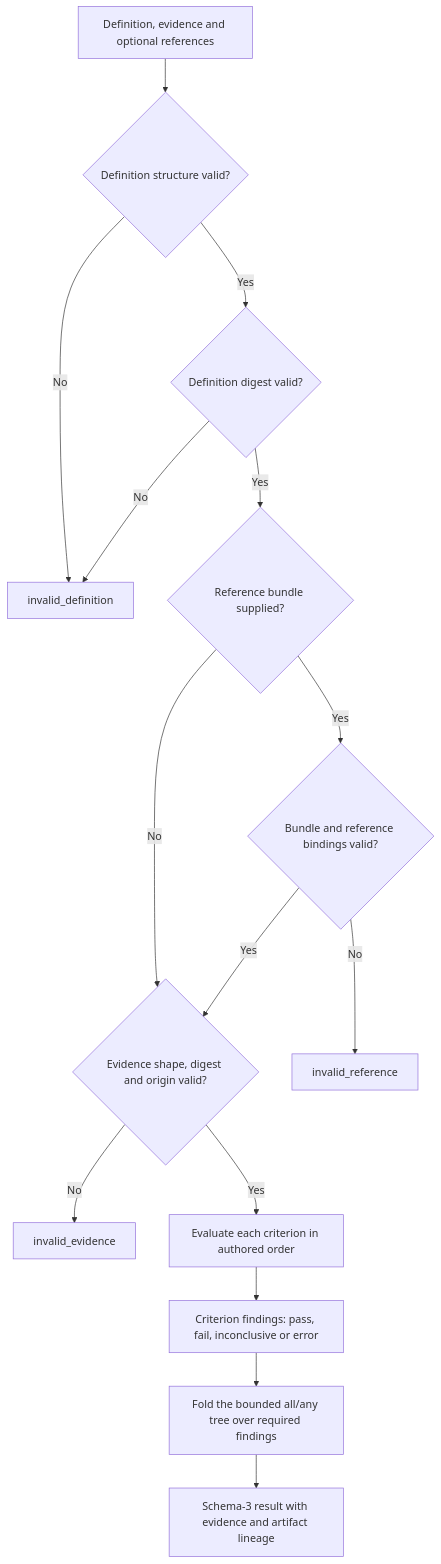
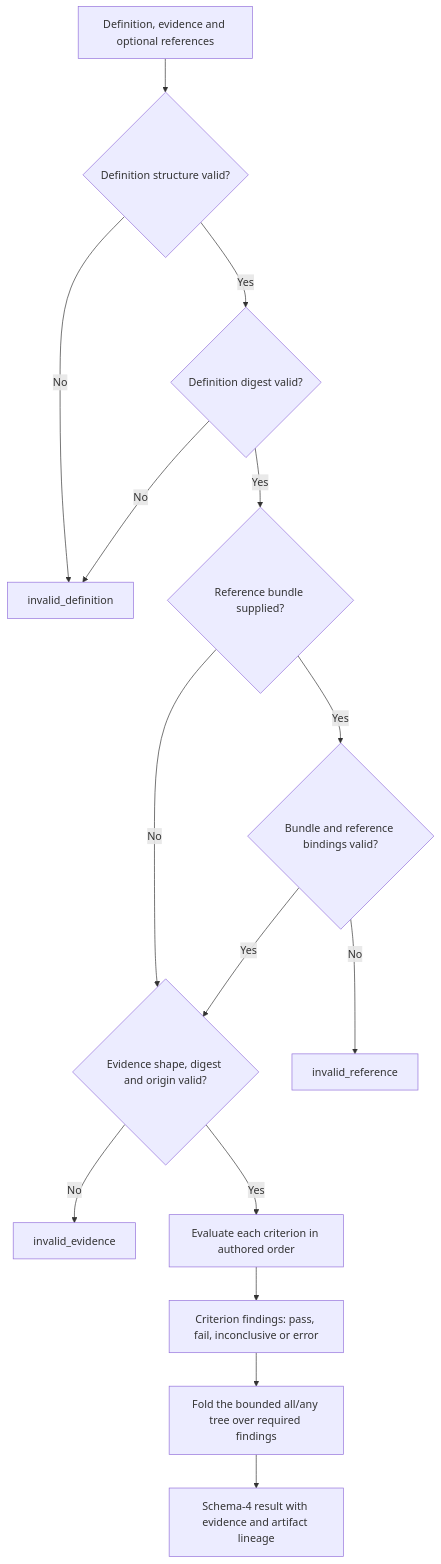
The second of 4 diagrams in README.md (0xbuffdev/assay), drawn with Mermaid before and after one commit. The commit also changed other lines of this file and 8 other files, not shown here.

````diff
--- a/README.md
+++ b/README.md
@@ -70,17 +70,17 @@
 ```mermaid
 flowchart TD
     Start["Definition, evidence and optional references"] --> Validate{"Definition structure valid?"}
     Validate -->|No| InvalidDefinition["invalid_definition"]
     Validate -->|Yes| Digest{"Definition digest valid?"}
     Digest -->|No| InvalidDefinition
     Digest -->|Yes| Supplied{"Reference bundle supplied?"}
     Supplied -->|No| EvidenceCheck{"Evidence shape, digest and origin valid?"}
     Supplied -->|Yes| ReferenceCheck{"Bundle and reference bindings valid?"}
     ReferenceCheck -->|No| InvalidReference["invalid_reference"]
     ReferenceCheck -->|Yes| EvidenceCheck
     EvidenceCheck -->|No| InvalidEvidence["invalid_evidence"]
     EvidenceCheck -->|Yes| Compare["Evaluate each criterion in authored order"]
     Compare --> Findings["Criterion findings: pass, fail, inconclusive or error"]
     Findings --> Composition["Fold the bounded all/any tree over required findings"]
-    Composition --> Result["Schema-3 result with evidence and artifact lineage"]
+    Composition --> Result["Schema-4 result with evidence and artifact lineage"]
 ```
````
